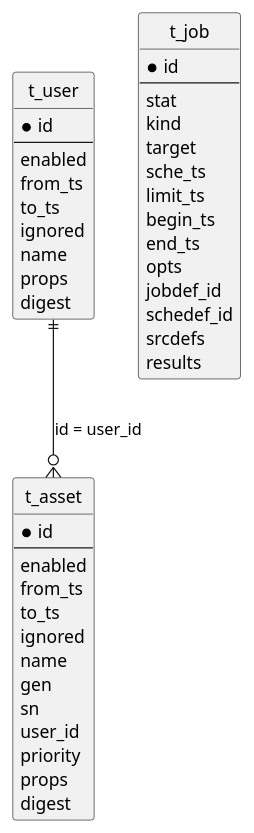
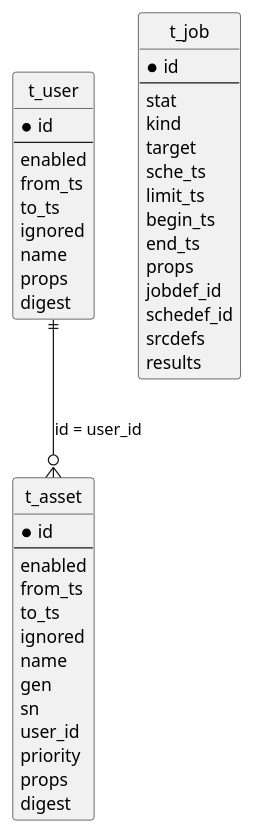
Before and after one commit to riru4293/safi: the diagram in database/er.pu, drawn with PlantUML. The commit also changed 3 other files, not shown here.

```diff
--- a/database/er.pu
+++ b/database/er.pu
@@ -1,51 +1,51 @@
 @startuml
 hide circle
 
 entity "t_user" as t_user {
     * id
     --
       enabled
       from_ts
       to_ts
       ignored
       name
       props
       digest
 }
 
 entity "t_asset" as t_asset {
     * id
     --
       enabled
       from_ts
       to_ts
       ignored
       name
       gen
       sn
       user_id
       priority
       props
       digest
 }
 
 t_user ||--o{ t_asset : "id = user_id"
 
 entity "t_job" as t_job {
     * id
     --
       stat
       kind
       target
       sche_ts
       limit_ts
       begin_ts
       end_ts
-      opts
+      props
       jobdef_id
       schedef_id
       srcdefs
       results
 }
 
 @enduml
```
